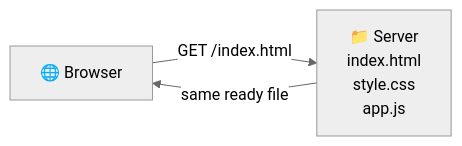
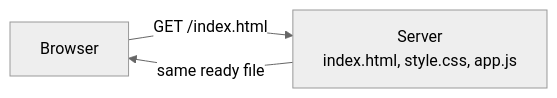
Before and after one commit to saikot05/backend-zero-to-expert: the sixth of 9 diagrams in 01-web-fundamentals/README.md, drawn with Mermaid (neutral theme). The commit also changed other lines of this file, not shown here.

Commit message:
docs: simplify all mermaid diagrams in 01 part 1

````diff
--- a/01-web-fundamentals/README.md
+++ b/01-web-fundamentals/README.md
@@ -195,5 +180,5 @@
 ```mermaid
 flowchart LR
-    B["🌐 Browser"] -- "GET /index.html" --> S["📁 Server<br/>index.html<br/>style.css<br/>app.js"]
-    S -- "same ready file" --> B
+    B["Browser"] -->|"GET /index.html"| S["Server<br/>index.html, style.css, app.js"]
+    S -->|"same ready file"| B
 ```
````
